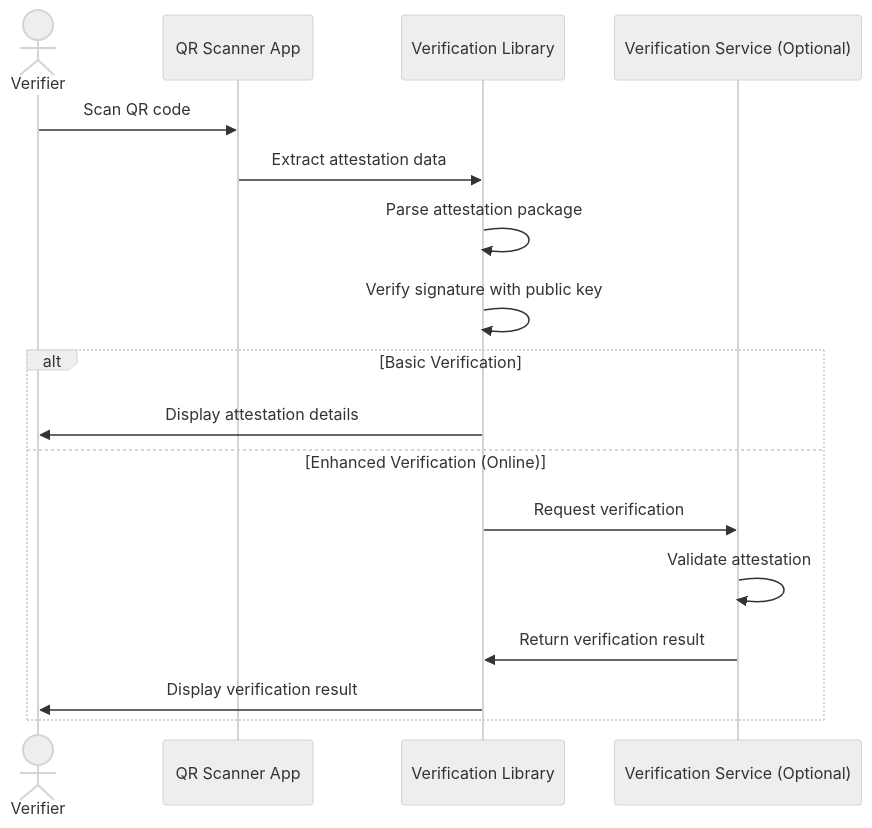
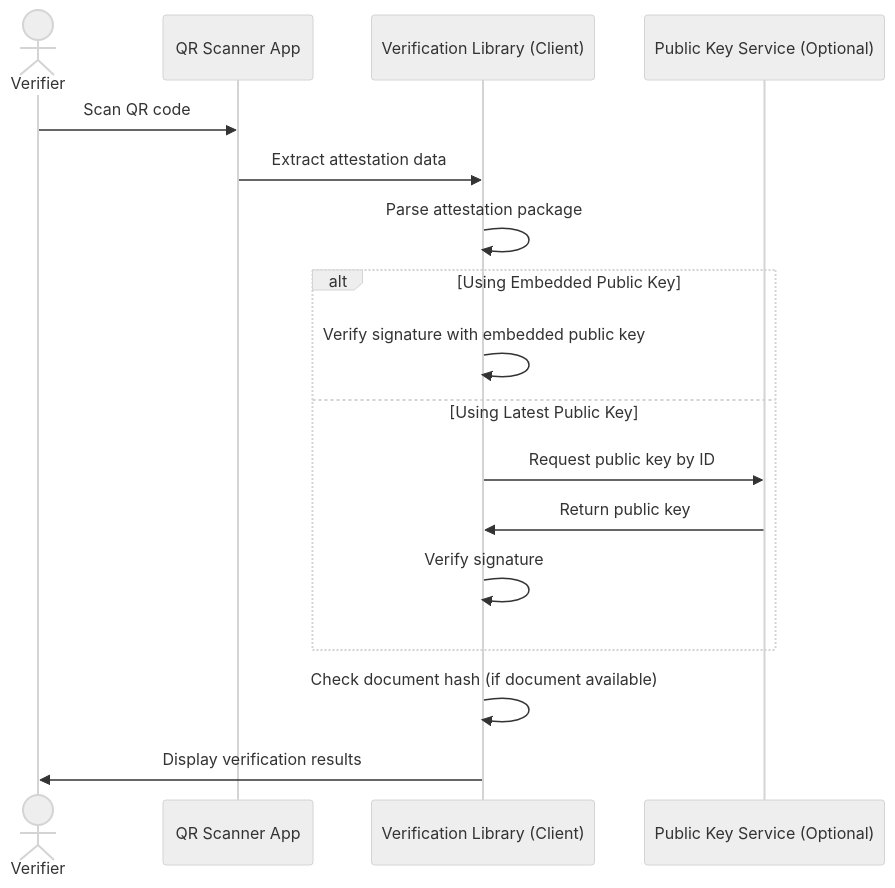
One commit to seal-codes/webapp changed the second of 7 diagrams in ARCHITECTURE.md. Above: the diagram before and after it, drawn with Mermaid (neutral theme). The commit also changed other lines of this file, not shown here.

Commit message:
Clarify minimal server-side data storage and remove verification records

````diff
--- a/ARCHITECTURE.md
+++ b/ARCHITECTURE.md
@@ -57,21 +57,22 @@
 ```mermaid
 sequenceDiagram
     actor Verifier
     participant QRScanner as QR Scanner App
-    participant VerLib as Verification Library
-    participant VerService as Verification Service (Optional)
+    participant VerLib as Verification Library (Client)
+    participant PubKeyService as Public Key Service (Optional)
     
     Verifier->>QRScanner: Scan QR code
     QRScanner->>VerLib: Extract attestation data
     VerLib->>VerLib: Parse attestation package
-    VerLib->>VerLib: Verify signature with public key
     
-    alt Basic Verification
-        VerLib->>Verifier: Display attestation details
-    else Enhanced Verification (Online)
-        VerLib->>VerService: Request verification
-        VerService->>VerService: Validate attestation
-        VerService->>VerLib: Return verification result
-        VerLib->>Verifier: Display verification result
+    alt Using Embedded Public Key
+        VerLib->>VerLib: Verify signature with embedded public key
+    else Using Latest Public Key
+        VerLib->>PubKeyService: Request public key by ID
+        PubKeyService->>VerLib: Return public key
+        VerLib->>VerLib: Verify signature
     end
+    
+    VerLib->>VerLib: Check document hash (if document available)
+    VerLib->>Verifier: Display verification results
 ```
````
